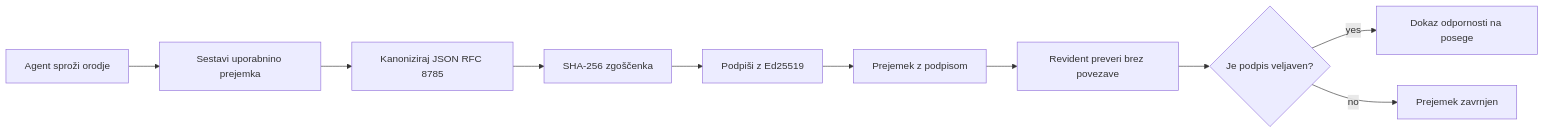
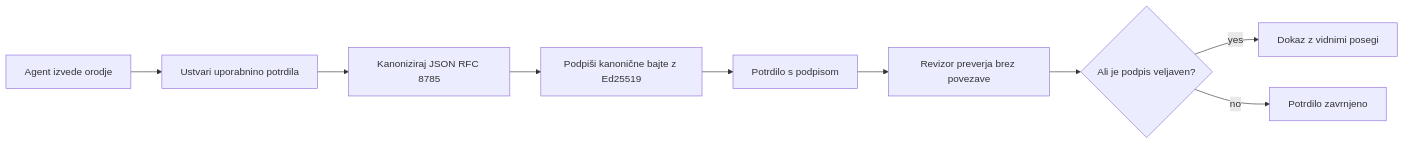
The first of 2 diagrams in translations/sl/18-securing-ai-agents/README.md (microsoft/ai-agents-for-beginners), drawn with Mermaid before and after one commit. The commit also changed other lines of this file and 47 other files, not shown here.

````diff
--- a/translations/sl/18-securing-ai-agents/README.md
+++ b/translations/sl/18-securing-ai-agents/README.md
@@ -51,12 +51,11 @@
 ```mermaid
 flowchart LR
-    A[Agent sproži orodje] --> B[Sestavi uporabnino prejemka]
+    A[Agent izvede orodje] --> B[Ustvari uporabnino potrdila]
     B --> C[Kanoniziraj JSON RFC 8785]
-    C --> D[SHA-256 zgoščenka]
-    D --> E[Podpiši z Ed25519]
-    E --> F[Prejemek z podpisom]
-    F --> G[Revident preveri brez povezave]
-    G --> H{Je podpis veljaven?}
-    H -- yes --> I[Dokaz odpornosti na posege]
-    H -- no --> J[Prejemek zavrnjen]
+    C --> E[Podpiši kanonične bajte z Ed25519]
+    E --> F[Potrdilo s podpisom]
+    F --> G[Revizor preverja brez povezave]
+    G --> H{Ali je podpis veljaven?}
+    H -- yes --> I[Dokaz z vidnimi posegi]
+    H -- no --> J[Potrdilo zavrnjeno]
 ```
````
